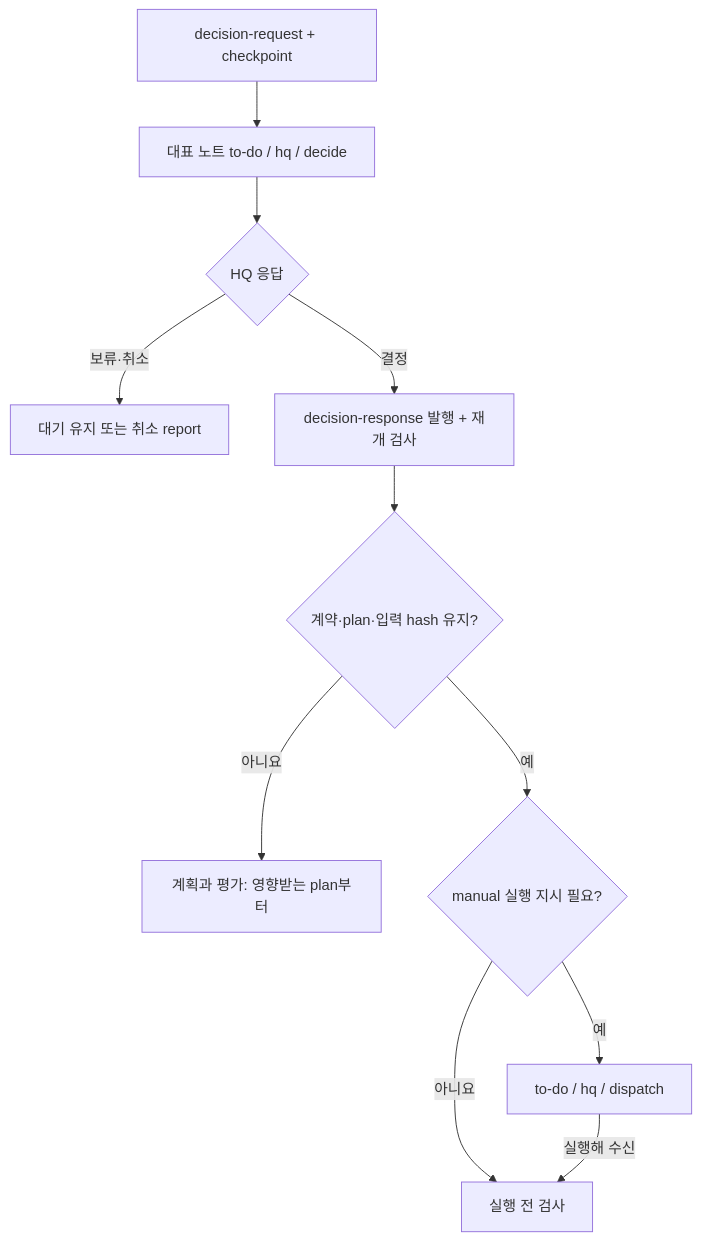
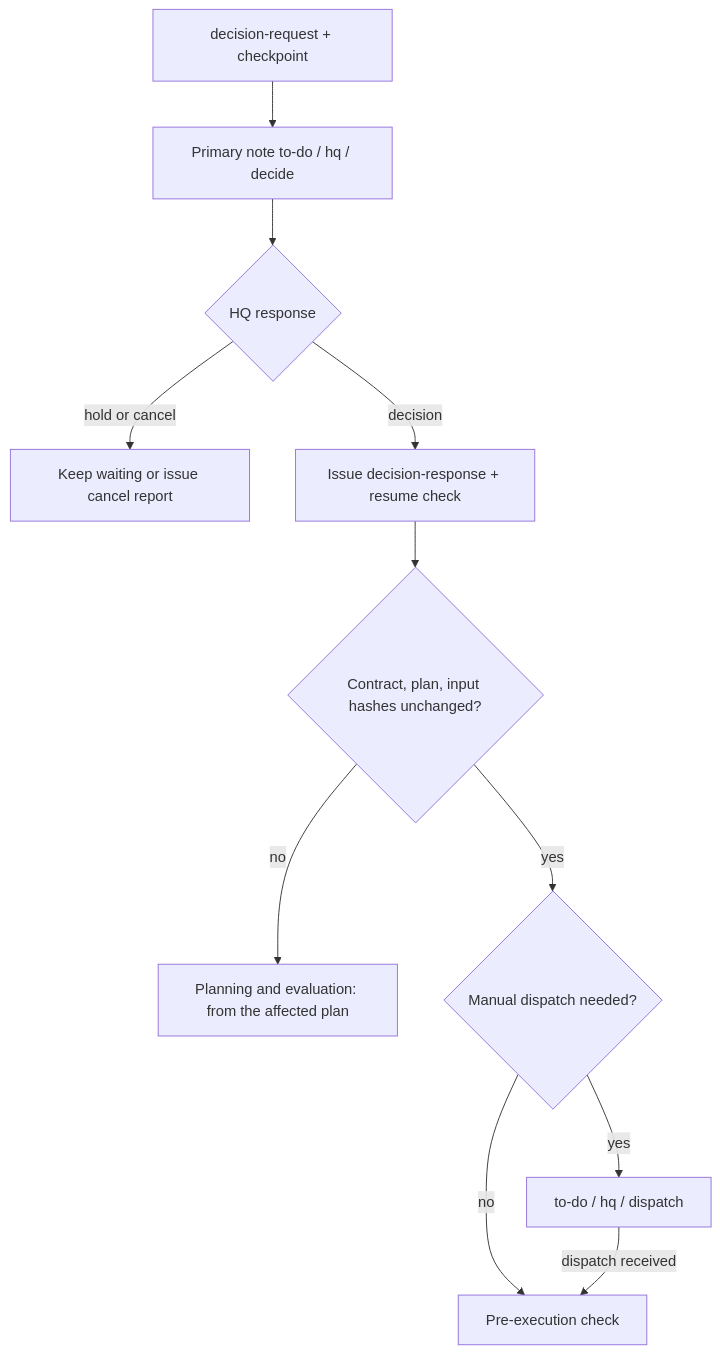
One commit to jinwoongkwak/AGENT_NODE_GOVERNANCE changed the fourth of 4 diagrams in AI/Workflow_agent.md. Above: the diagram before and after it, drawn with Mermaid. The commit also changed other lines of this file and 43 other files, not shown here.

````diff
--- a/AI/Workflow_agent.md
+++ b/AI/Workflow_agent.md
@@ -174,13 +174,13 @@
 ```mermaid
 flowchart TD
-    Q["decision-request + checkpoint"] --> H["대표 노트 to-do / hq / decide"]
-    H --> J{"HQ 응답"}
-    J -->|보류·취소| W["대기 유지 또는 취소 report"]
-    J -->|결정| C["decision-response 발행 + 재개 검사"]
-    C --> K{"계약·plan·입력 hash 유지?"}
-    K -->|아니요| A["계획과 평가: 영향받는 plan부터"]
-    K -->|예| M{"manual 실행 지시 필요?"}
-    M -->|예| D["to-do / hq / dispatch"]
-    M -->|아니요| B["실행 전 검사"]
-    D -->|실행해 수신| B
+    Q["decision-request + checkpoint"] --> H["Primary note to-do / hq / decide"]
+    H --> J{"HQ response"}
+    J -->|hold or cancel| W["Keep waiting or issue cancel report"]
+    J -->|decision| C["Issue decision-response + resume check"]
+    C --> K{"Contract, plan, input hashes unchanged?"}
+    K -->|no| A["Planning and evaluation: from the affected plan"]
+    K -->|yes| M{"Manual dispatch needed?"}
+    M -->|yes| D["to-do / hq / dispatch"]
+    M -->|no| B["Pre-execution check"]
+    D -->|dispatch received| B
 ```
````
